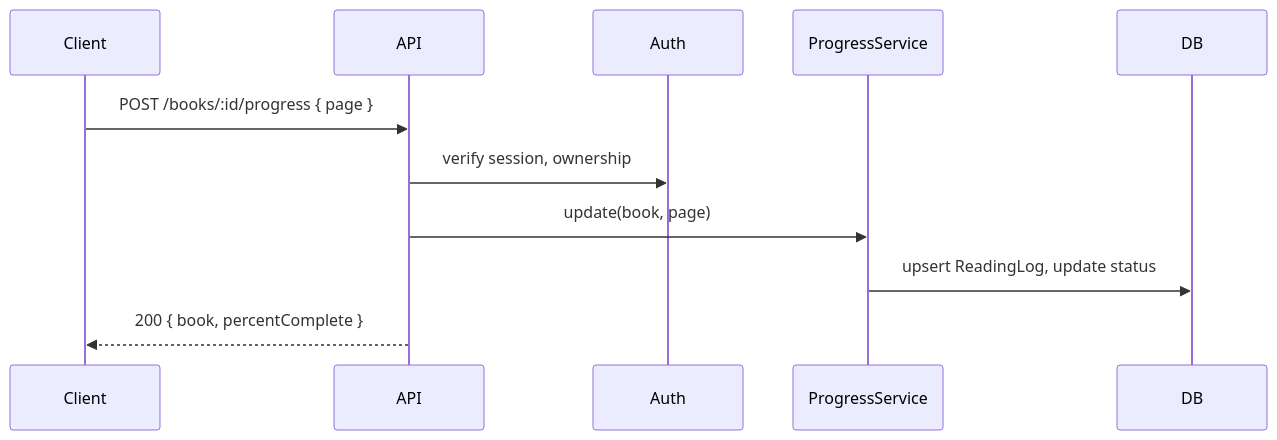
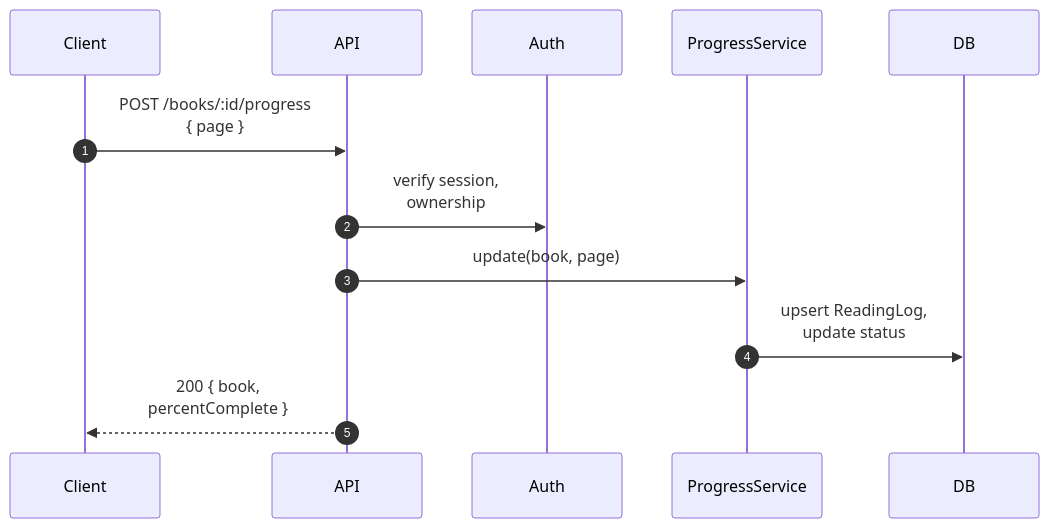
The diagram in src/content/blog/engineer-led-ai-assisted-workflow/index.mdx (NathanPickard/nathan-pickard-portfolio), drawn with Mermaid before and after one commit. The commit also changed other lines of this file and 7 other files, not shown here.

Commit message:
Blog post content tweaks, added reading time, sticky side table of contents, and code block/layout styling

````diff
--- a/src/content/blog/engineer-led-ai-assisted-workflow/index.mdx
+++ b/src/content/blog/engineer-led-ai-assisted-workflow/index.mdx
@@ -189,8 +197,9 @@
   ```mermaid
   sequenceDiagram
-      Client->>API: POST /books/:id/progress { page }
-      API->>Auth: verify session, ownership
+      autonumber
+      Client->>API: POST /books/:id/progress<br/>{ page }
+      API->>Auth: verify session,<br/>ownership
       API->>ProgressService: update(book, page)
-      ProgressService->>DB: upsert ReadingLog, update status
-      API-->>Client: 200 { book, percentComplete }
+      ProgressService->>DB: upsert ReadingLog,<br/>update status
+      API-->>Client: 200 { book,<br/>percentComplete }
   ```
````
